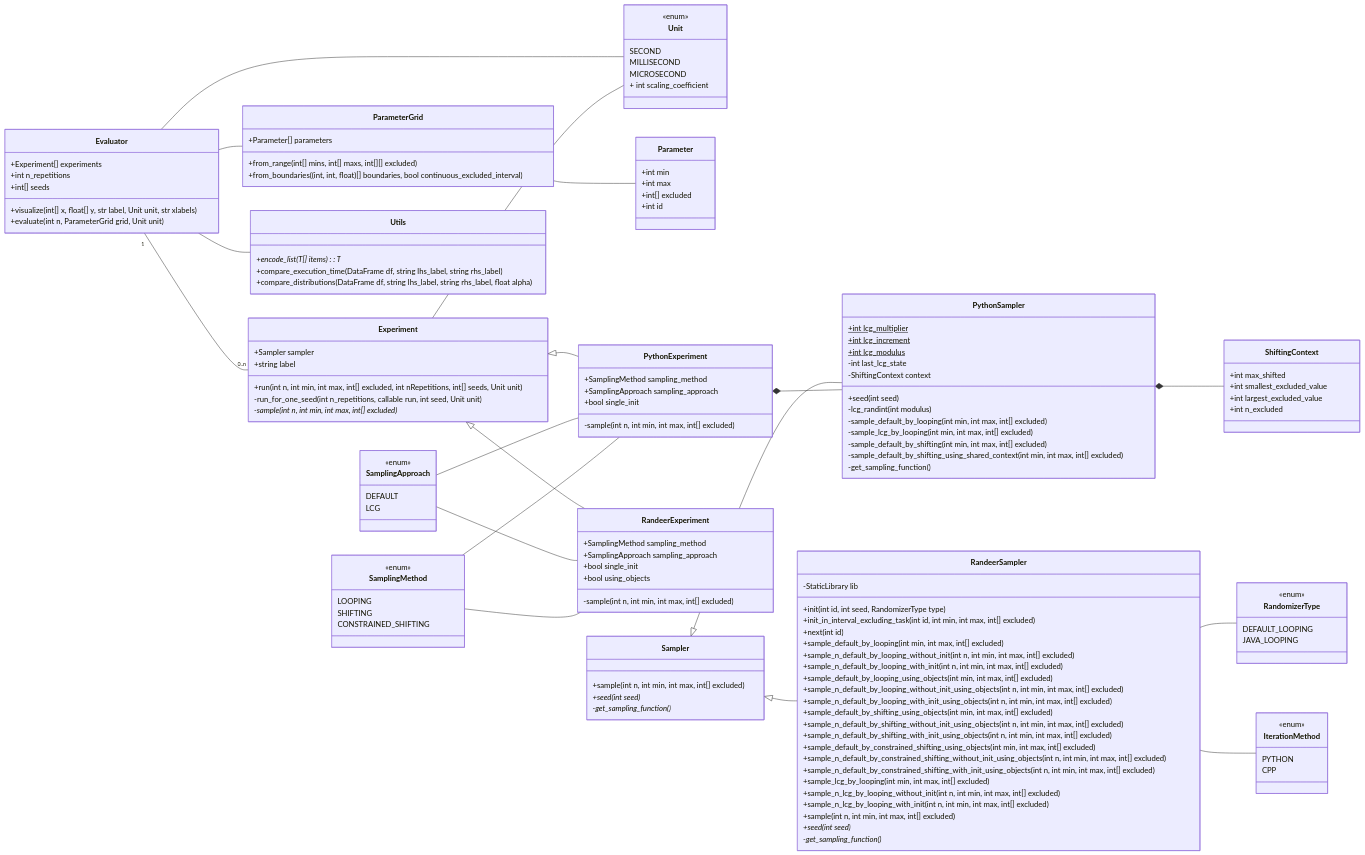
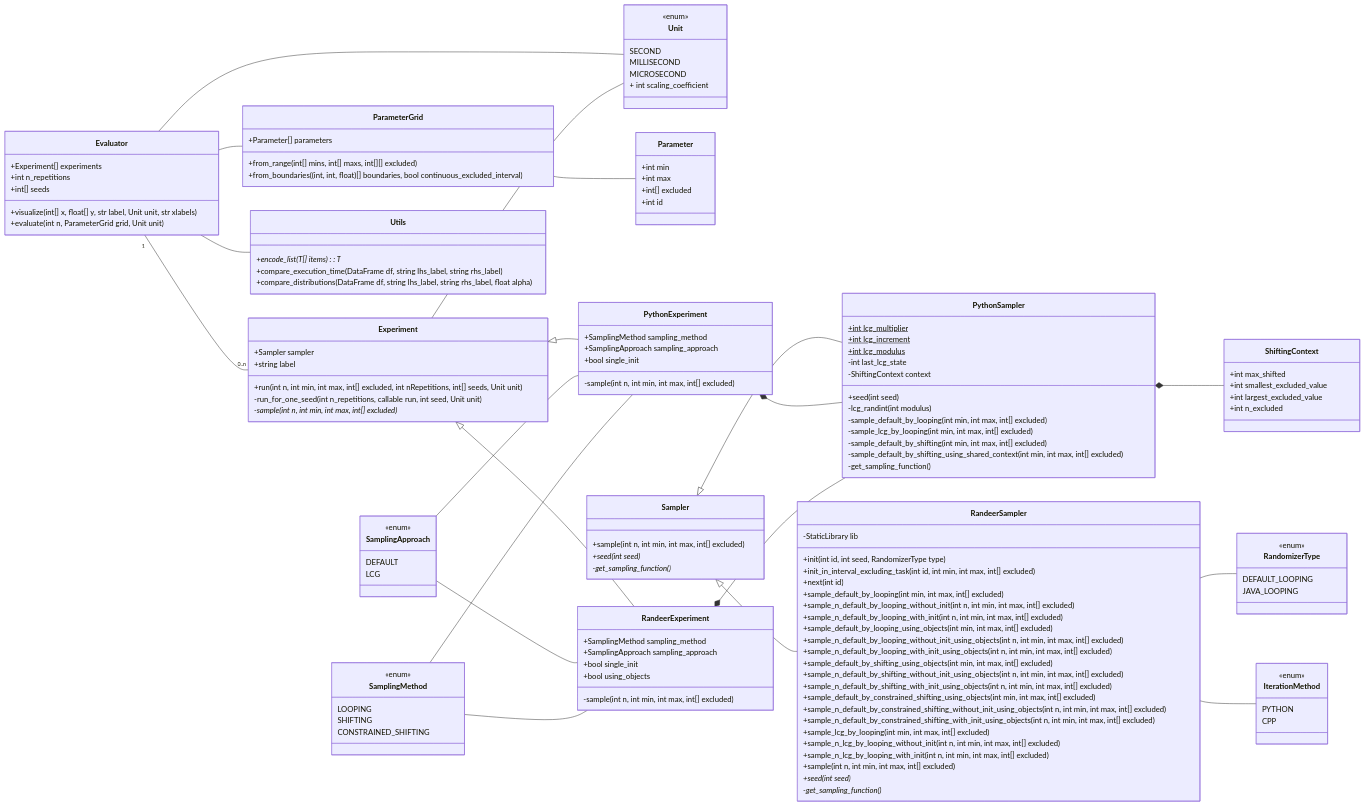
The first of 3 diagrams in README.md (zeionara/errand), drawn with Mermaid before and after one commit. The commit also changed other lines of this file, not shown here.

Commit message:
Added shorter versions of the class diagram

```diff
--- a/README.md
+++ b/README.md
@@ -52,6 +52,7 @@
 
 PythonSampler *-- ShiftingContext
 PythonExperiment *-- PythonSampler
+RandeerExperiment *-- PythonSampler
 
 RandeerSampler -- RandomizerType
 RandeerSampler -- IterationMethod
```
